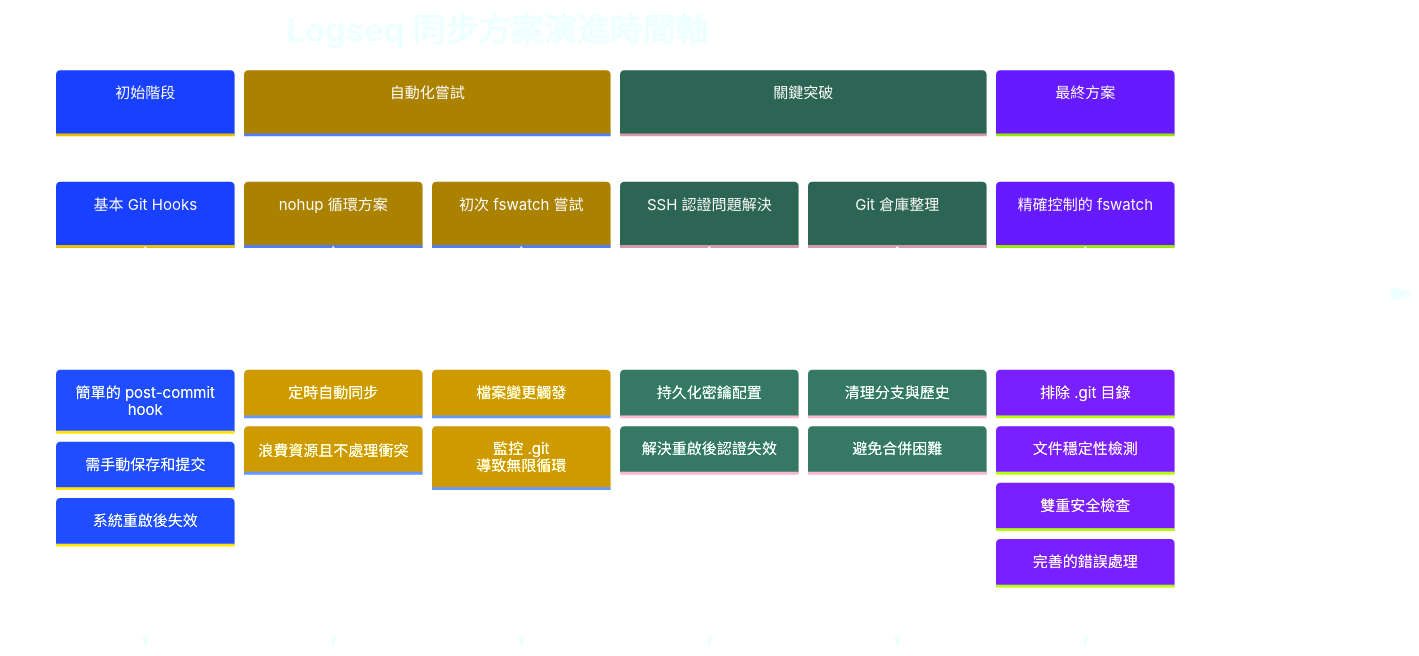
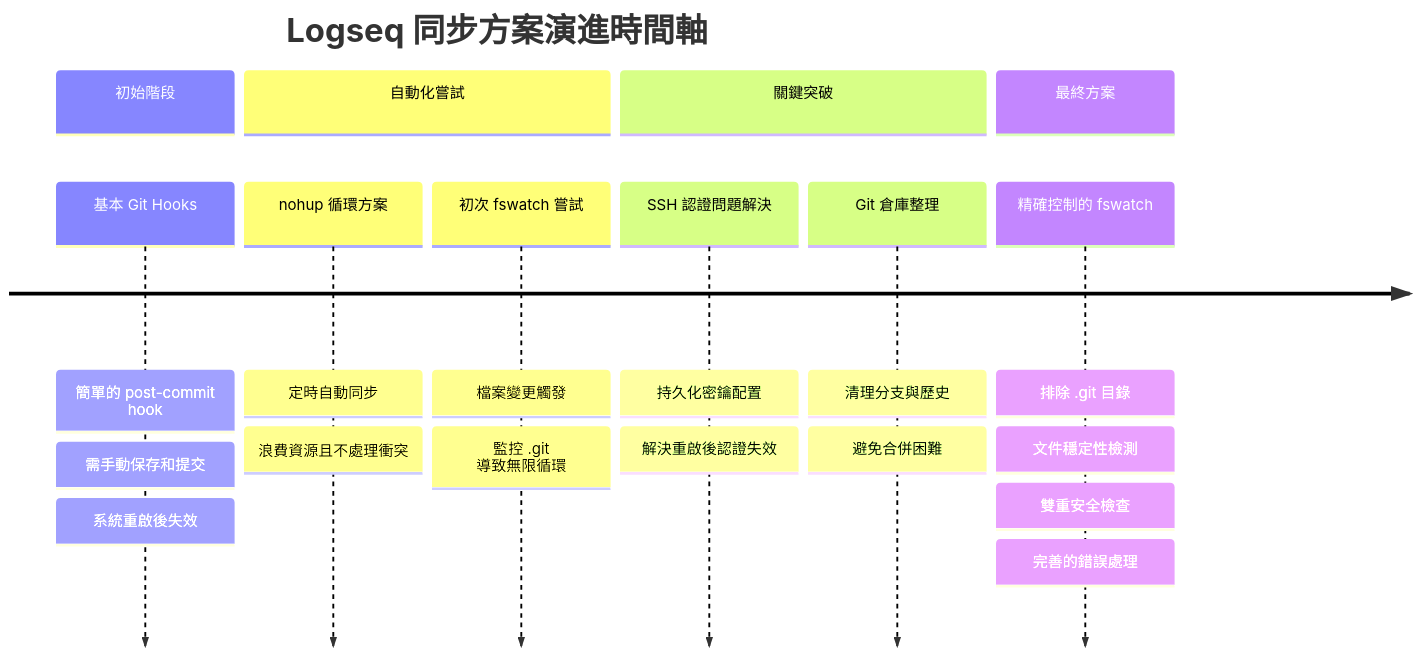
Before and after one commit to GengGeng026/Sync-Logseq: the first of 2 diagrams in Logseq同步方案演進記錄.md, drawn with Mermaid.

Commit message:
Auto saved by Logseq

````diff
--- a/Logseq同步方案演進記錄.md
+++ b/Logseq同步方案演進記錄.md
@@ -24,42 +24,38 @@
 ```mermaid
 %%{init: {
   'theme': 'base', 
   'themeVariables': {
     'primaryColor': '#99AAFF',
     'secondaryColor': '#FFCB2B',
     'tertiaryColor': '#59B79A',
     'primaryTextColor': '#FFFFFF',
     'primaryBorderColor': '#59B79A',
     'lineColor': '#C792EA',
     'background': 'transparent',
     'textColor': '#EEFFFF',
     'nodeBorder': '#59B79A',
-    'clusterBkg': 'transparent',
-    'titleColor': '#EEFFFF',
-    'sectionBkgColor3': '#3A4A5A',
-    'sectionBkgColor4': '#42546A',
-    'sectionBkgColor5': '#4B5E78'
+    'clusterBkg': 'transparent
   }
 }}%%
 timeline
     title Logseq 同步方案演進時間軸
     section 初始階段
         基本 Git Hooks : 簡單的 post-commit hook
         : 需手動保存和提交
         : 系統重啟後失效
     section 自動化嘗試
         nohup 循環方案 : 定時自動同步
         : 浪費資源且不處理衝突
         初次 fswatch 嘗試 : 檔案變更觸發
         : 監控 .git 導致無限循環
     section 關鍵突破
         SSH 認證問題解決 : 持久化密鑰配置
         : 解決重啟後認證失效
         Git 倉庫整理 : 清理分支與歷史
         : 避免合併困難
     section 最終方案
         精確控制的 fswatch : 排除 .git 目錄
         : 文件穩定性檢測
         : 雙重安全檢查
         : 完善的錯誤處理
 ```
````
